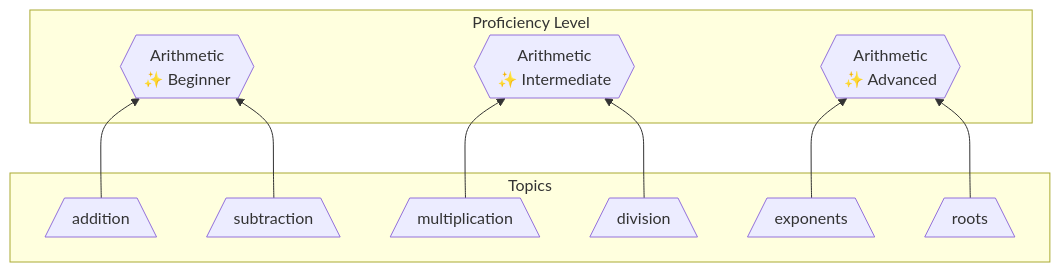
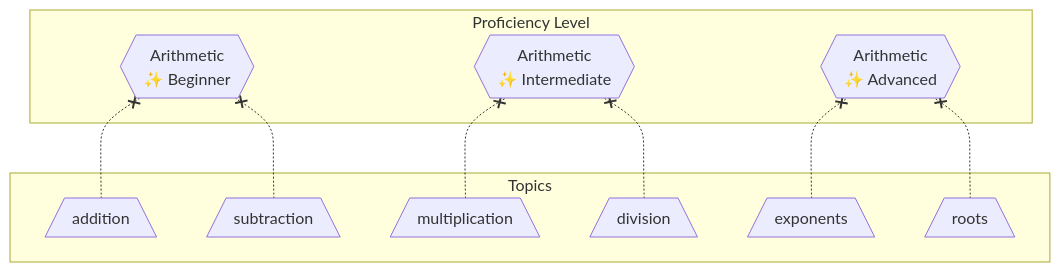
One commit to openproficiency/model changed the third of 3 diagrams in specs/proficiency-level.md. Above: the diagram before and after it, drawn with Mermaid. The commit also changed other lines of this file, not shown here.

Commit message:
fix: incorrect arrows in charts

````diff
--- a/specs/proficiency-level.md
+++ b/specs/proficiency-level.md
@@ -128,29 +128,29 @@
 ```mermaid
 flowchart BT
 
    subgraph Topics
       t_addition[/addition\]
       t_subtraction[/subtraction\]
 
       t_multiplication[/multiplication\]
       t_division[/division\]
 
       t_exponents[/exponents\]
       t_roots[/roots\]
    end
 
    subgraph Proficiency Level
       plvl_beginner{{"Arithmetic<br/>✨ Beginner"}}
       plvl_intermediate{{"Arithmetic<br/>✨ Intermediate"}}
       plvl_advanced{{"Arithmetic<br/>✨ Advanced"}}
    end
 
-   t_addition --> plvl_beginner
-   t_subtraction --> plvl_beginner
+   t_addition -.-x plvl_beginner
+   t_subtraction -.-x plvl_beginner
 
-   t_multiplication --> plvl_intermediate
-   t_division --> plvl_intermediate
+   t_multiplication -.-x plvl_intermediate
+   t_division -.-x plvl_intermediate
 
-   t_exponents --> plvl_advanced
-   t_roots --> plvl_advanced
+   t_exponents -.-x plvl_advanced
+   t_roots -.-x plvl_advanced
 ```
````
